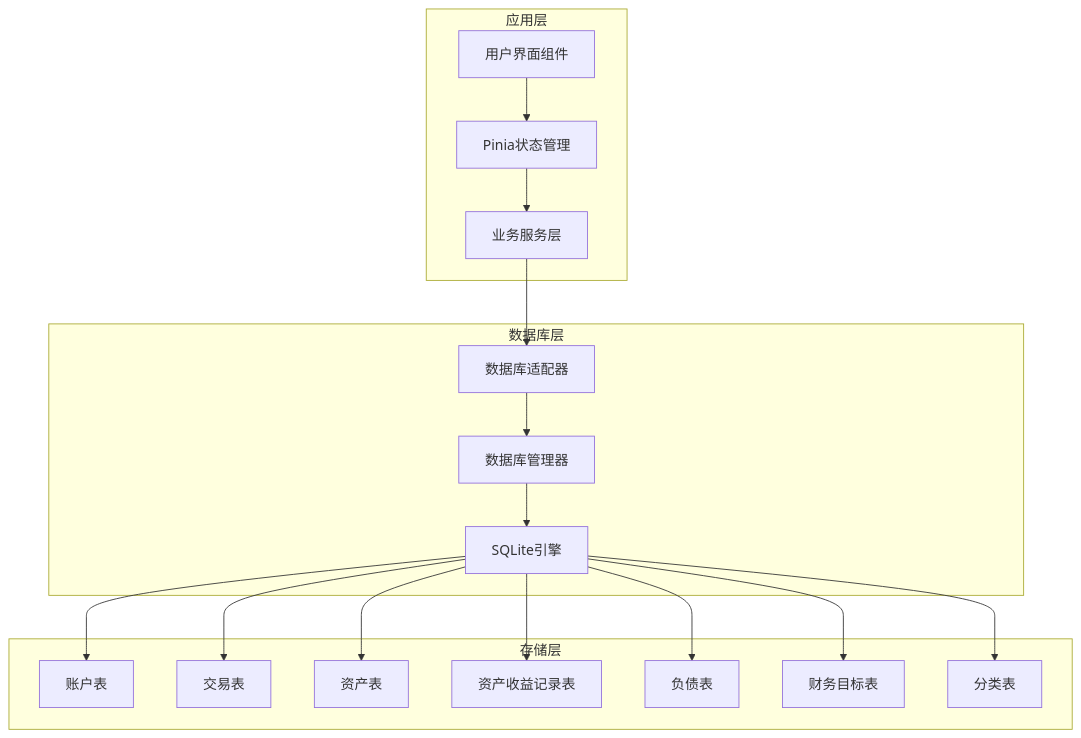
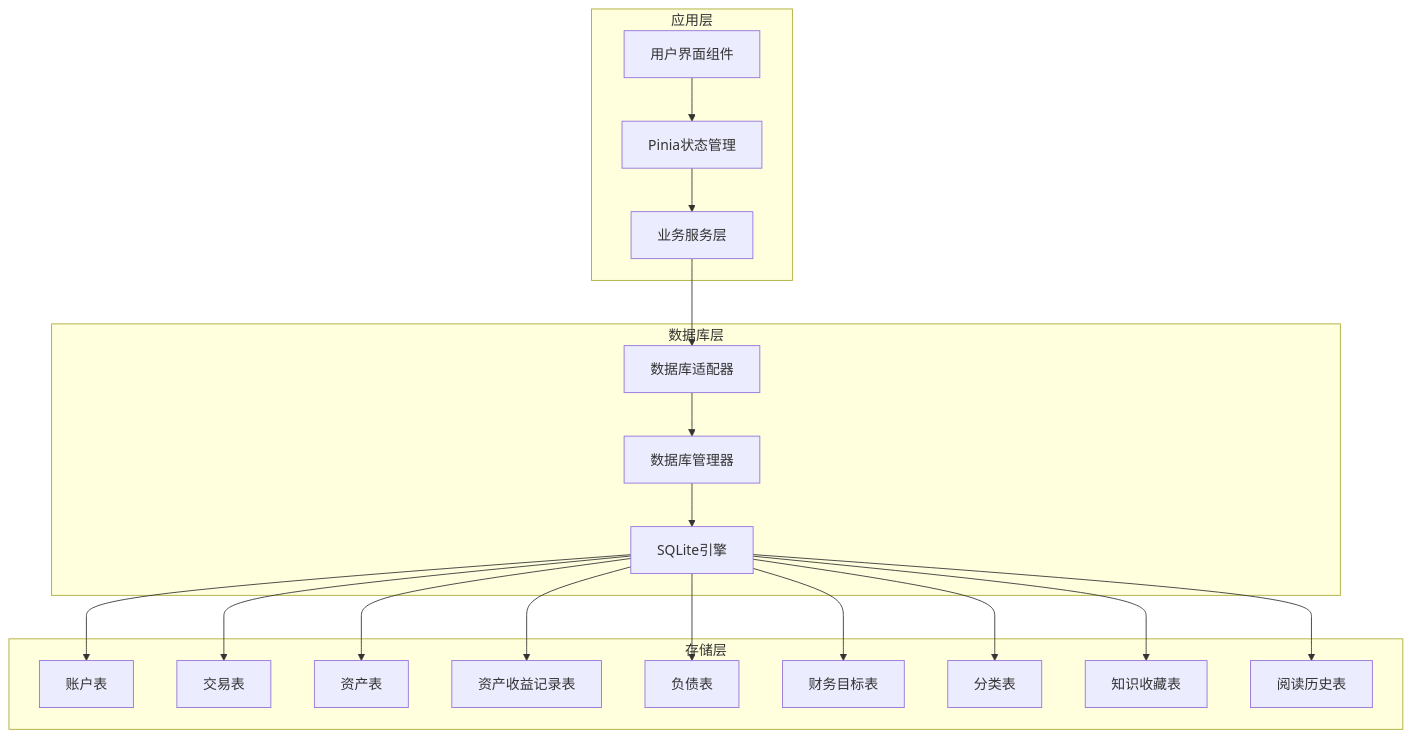
The first of 11 diagrams in .qoder/repowiki/zh/content/数据库管理/数据库设计.md (xiao-lin-unit/yuan), drawn with Mermaid before and after one commit. The commit also changed other lines of this file and 16 other files, not shown here.

Commit message:
图片和图标处理

````diff
--- a/.qoder/repowiki/zh/content/数据库管理/数据库设计.md
+++ b/.qoder/repowiki/zh/content/数据库管理/数据库设计.md
@@ -50,34 +53,38 @@
 ```mermaid
 graph TB
 subgraph "应用层"
 UI[用户界面组件]
 Store[Pinia状态管理]
 Service[业务服务层]
 end
 subgraph "数据库层"
 Adapter[数据库适配器]
 Manager[数据库管理器]
 SQLite[SQLite引擎]
 end
 subgraph "存储层"
 Accounts[账户表]
 Transactions[交易表]
 Assets[资产表]
 AssetIncomeRecords[资产收益记录表]
 Liabilities[负债表]
 FinancialGoals[财务目标表]
 Categories[分类表]
+KnowledgeFavorite[知识收藏表]
+KnowledgeReadHistory[阅读历史表]
 end
 UI --> Store
 Store --> Service
 Service --> Adapter
 Adapter --> Manager
 Manager --> SQLite
 SQLite --> Accounts
 SQLite --> Transactions
 SQLite --> Assets
 SQLite --> AssetIncomeRecords
 SQLite --> Liabilities
 SQLite --> FinancialGoals
 SQLite --> Categories
+SQLite --> KnowledgeFavorite
+SQLite --> KnowledgeReadHistory
 ```
````
